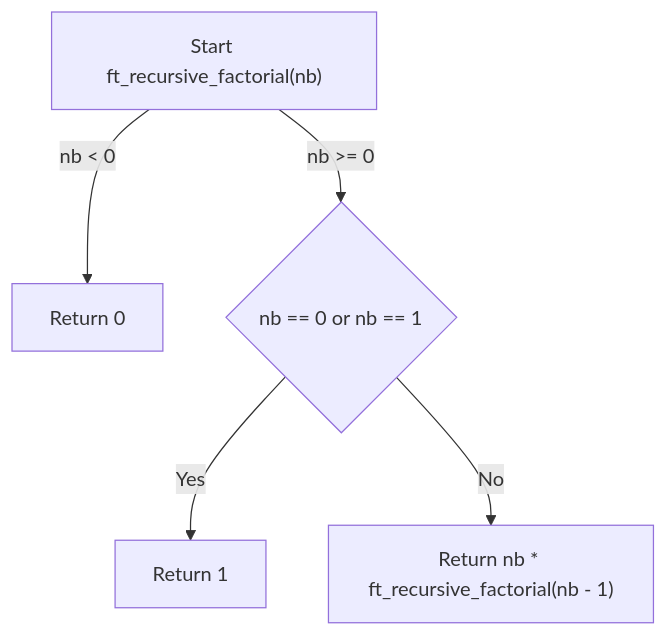
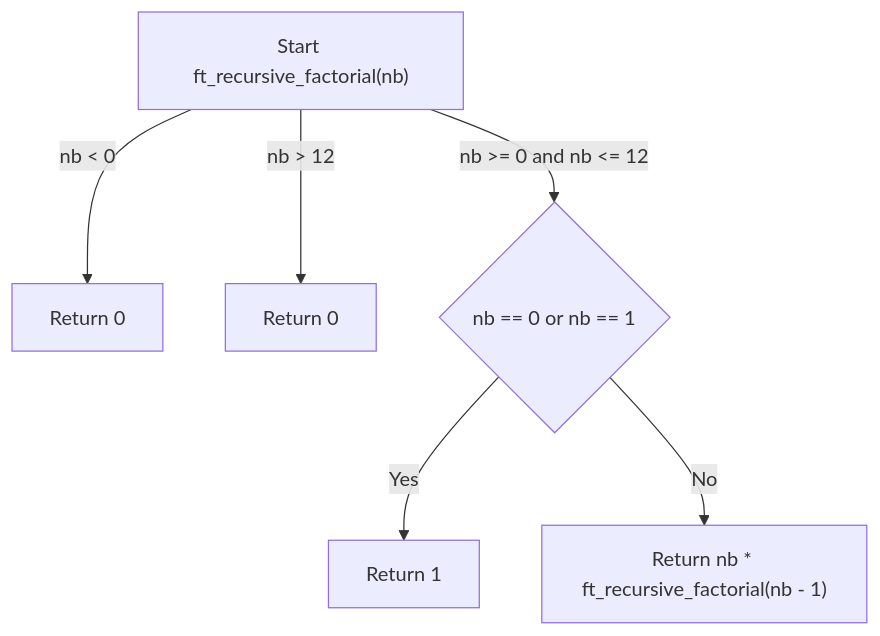
Before and after one commit to mgrl39/42Project: the diagram in C-Piscine-Reloaded/ex13/README.md, drawn with Mermaid.

````diff
--- a/C-Piscine-Reloaded/ex13/README.md
+++ b/C-Piscine-Reloaded/ex13/README.md
@@ -1,7 +1,8 @@
 ```mermaid
 graph TD;
     A["Start ft_recursive_factorial(nb)"] -->|nb < 0| B["Return 0"];
-    A -->|nb >= 0| C{"nb == 0 or nb == 1"};
+    A -->|nb > 12| F["Return 0"];
+    A -->|nb >= 0 and nb <= 12| C{"nb == 0 or nb == 1"};
     C -->|Yes| D["Return 1"];
     C -->|No| E["Return nb * ft_recursive_factorial(nb - 1)"];
 ```
````
